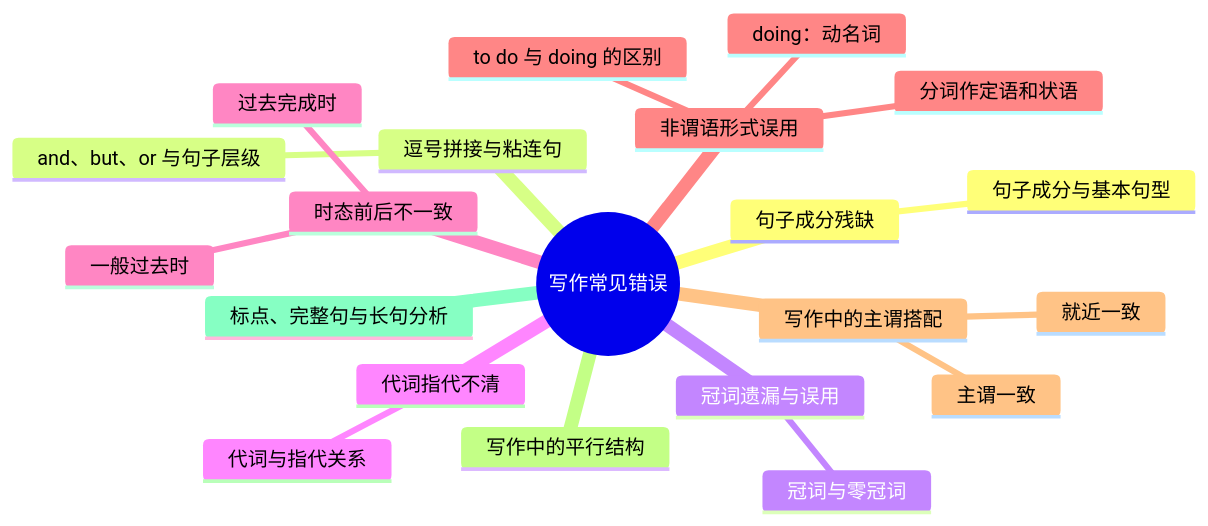
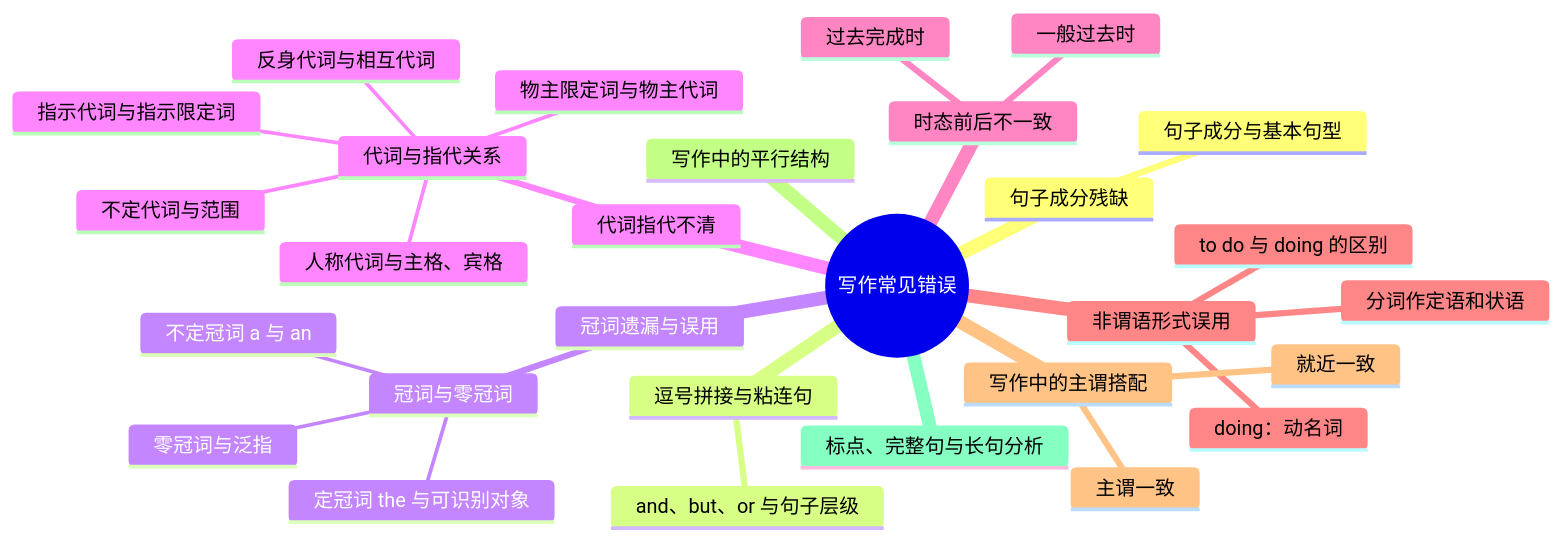
Diagram 11 of 11 in grammar-mindmaps.md (FitzLeewenlei/grammar), drawn with Mermaid before and after one commit. The commit also changed other lines of this file and 14 other files, not shown here.

````diff
--- a/grammar-mindmaps.md
+++ b/grammar-mindmaps.md
@@ -200,24 +246,32 @@
 ```mermaid
 mindmap
   root((写作常见错误))
     句子成分残缺
       句子成分与基本句型
     逗号拼接与粘连句
       and、but、or 与句子层级
     冠词遗漏与误用
       冠词与零冠词
+        不定冠词 a 与 an
+        定冠词 the 与可识别对象
+        零冠词与泛指
     代词指代不清
       代词与指代关系
+        人称代词与主格、宾格
+        物主限定词与物主代词
+        反身代词与相互代词
+        不定代词与范围
+        指示代词与指示限定词
     时态前后不一致
       一般过去时
       过去完成时
     非谓语形式误用
       to do 与 doing 的区别
       doing：动名词
       分词作定语和状语
     写作中的主谓搭配
       主谓一致
       就近一致
     写作中的平行结构
     标点、完整句与长句分析
 ```
````
